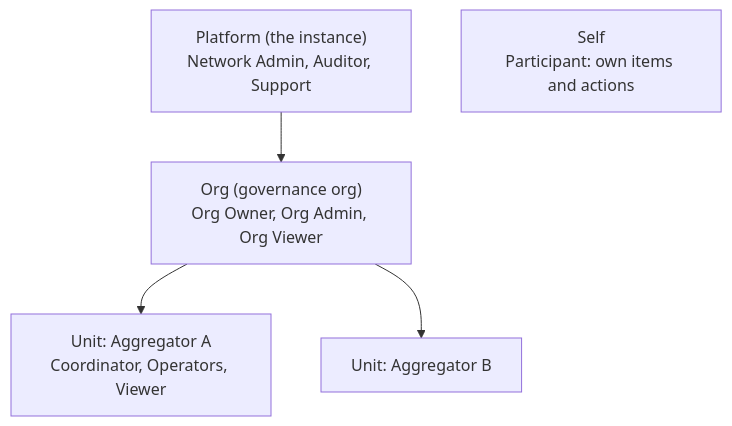
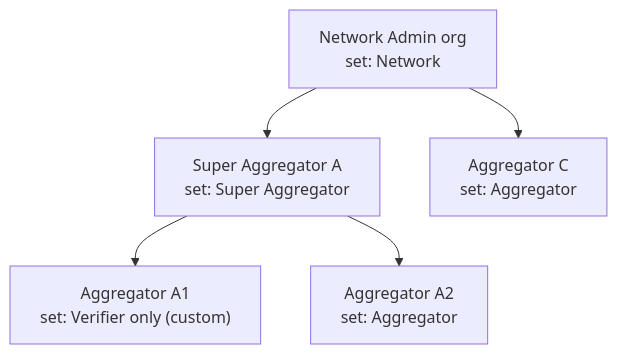
One commit to Blue-Dots-Economy/aggregator-dpg changed the first of 4 diagrams in docs/rbac-design.md. Above: the diagram before and after it, drawn with Mermaid. The commit also changed other lines of this file and 1 other file, not shown here.

First line of the commit message:
docs(rbac): simplify to org PermissionSets and four roles

````diff
--- a/docs/rbac-design.md
+++ b/docs/rbac-design.md
@@ -58,11 +60,12 @@
 ```mermaid
 flowchart TD
-    P["Platform (the instance)<br/>Network Admin, Auditor, Support"]
-    O["Org (governance org)<br/>Org Owner, Org Admin, Org Viewer"]
-    U1["Unit: Aggregator A<br/>Coordinator, Operators, Viewer"]
-    U2["Unit: Aggregator B"]
-    S["Self<br/>Participant: own items and actions"]
-    P --> O
-    O --> U1
-    O --> U2
+    N["Network Admin org<br/>set: Network"]
+    S["Super Aggregator A<br/>set: Super Aggregator"]
+    C["Aggregator C<br/>set: Aggregator"]
+    A1["Aggregator A1<br/>set: Verifier only (custom)"]
+    A2["Aggregator A2<br/>set: Aggregator"]
+    N --> S
+    N --> C
+    S --> A1
+    S --> A2
 ```
````
